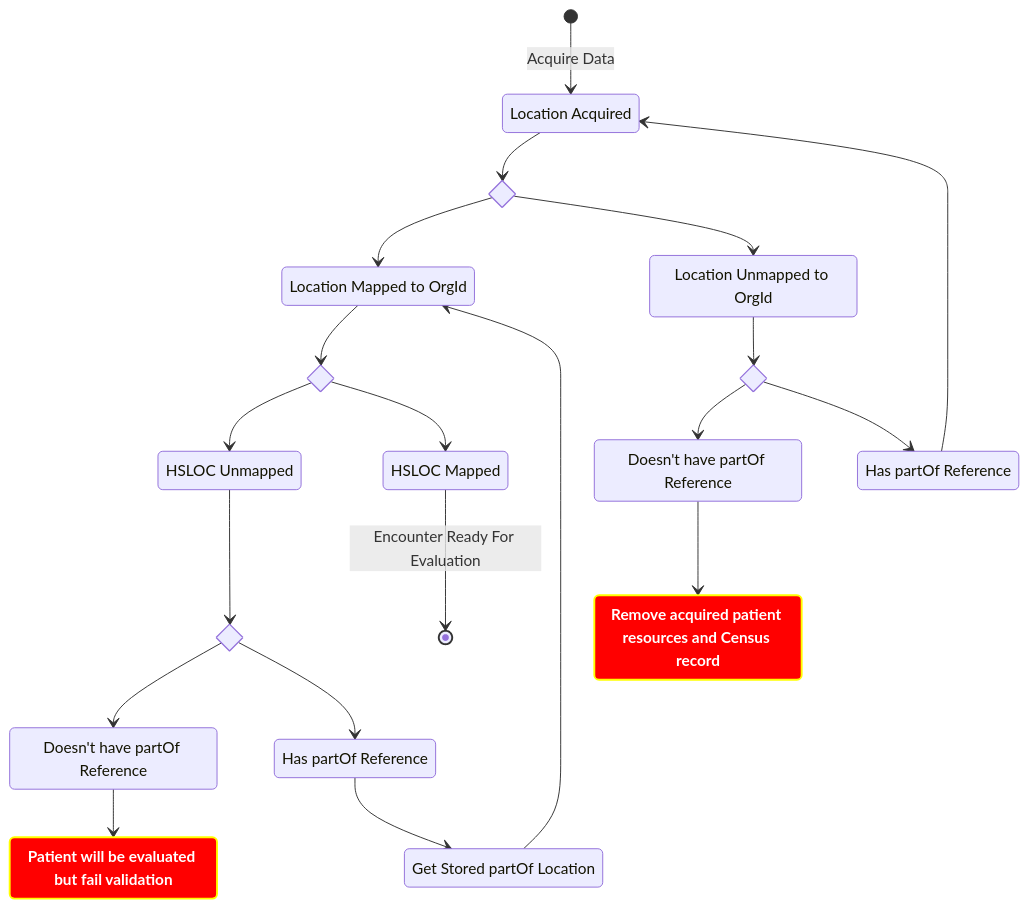
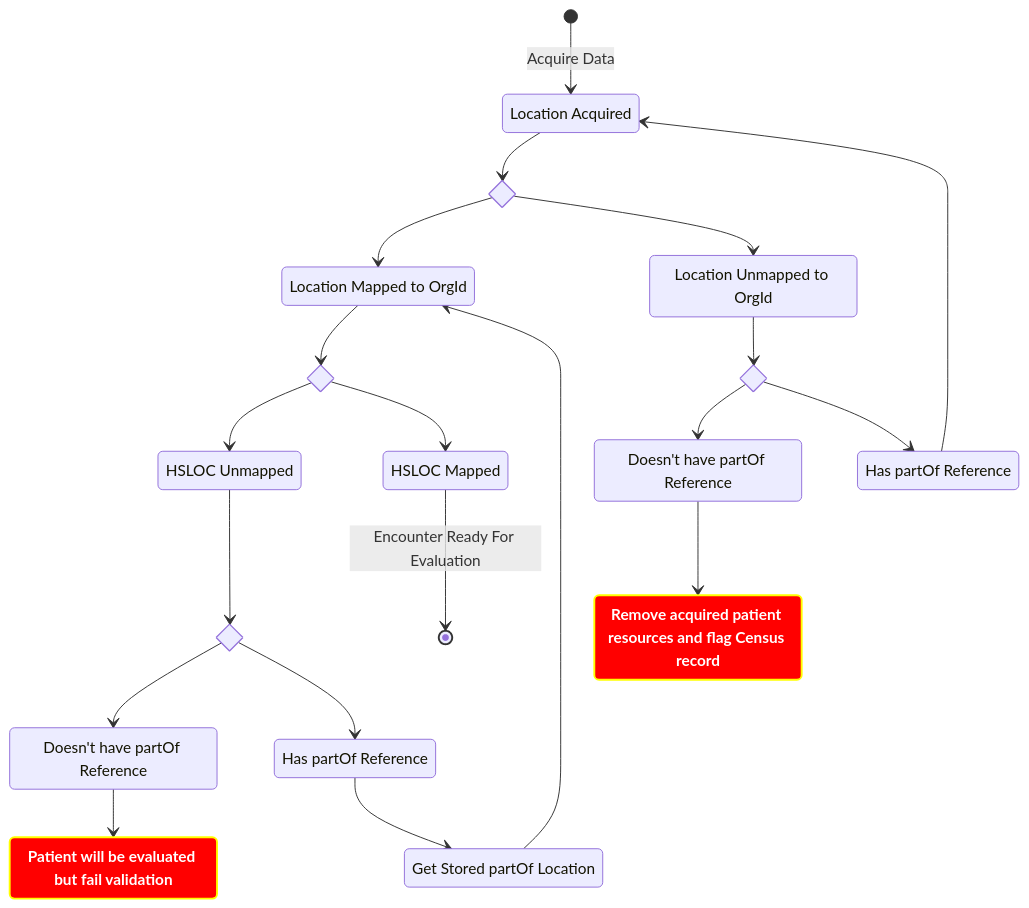
One commit to lantanagroup/link-cloud changed the diagram in docs/docs/proposals/location-proposal.mdx. Above: the diagram before and after it, drawn with Mermaid.

Commit message:
Updated exception node in state diagram

````diff
--- a/docs/docs/proposals/location-proposal.mdx
+++ b/docs/docs/proposals/location-proposal.mdx
@@ -158,43 +158,43 @@
 ```mermaid
 stateDiagram-v2
     location_acquired: Location Acquired
     org_id_mapped: Location Mapped to OrgId
     org_id_unmapped: Location Unmapped to OrgId
-    exception_org_id: Remove acquired patient resources and Census record
+    exception_org_id: Remove acquired patient resources and flag Census record
     exception_hsloc: Patient will be evaluated but fail validation
     hsloc_unmapped: HSLOC Unmapped
     hsloc_mapped: HSLOC Mapped
     has_part_of: Has partOf Reference
     no_part_of: Doesn't have partOf Reference
     has_part_of_2: Has partOf Reference
     no_part_of_2: Doesn't have partOf Reference
     get_stored_location: Get Stored partOf Location
 
     classDef error fill:#f00,color:white,font-weight:bold,stroke-width:2px,stroke:yellow
 
     state if_org_id_mapped <<choice>>
     state if_has_partof <<choice>>
     state if_has_partof_2 <<choice>>
 
     [*] --> location_acquired: Acquire Data
     location_acquired --> if_org_id_mapped
     if_org_id_mapped --> org_id_mapped
     if_org_id_mapped --> org_id_unmapped
     org_id_unmapped --> if_has_partof
     if_has_partof --> no_part_of
     if_has_partof --> has_part_of
     has_part_of --> location_acquired
     no_part_of --> exception_org_id:::error
     state if_has_hsloc <<choice>>
     org_id_mapped --> if_has_hsloc
     if_has_hsloc --> hsloc_unmapped
     if_has_hsloc --> hsloc_mapped
     hsloc_mapped --> [*]: Encounter Ready For Evaluation
     hsloc_unmapped --> if_has_partof_2
     if_has_partof_2 --> no_part_of_2
     if_has_partof_2 --> has_part_of_2
     has_part_of_2 --> get_stored_location
     get_stored_location --> org_id_mapped
     no_part_of_2 --> exception_hsloc:::error
     
 ```
````
